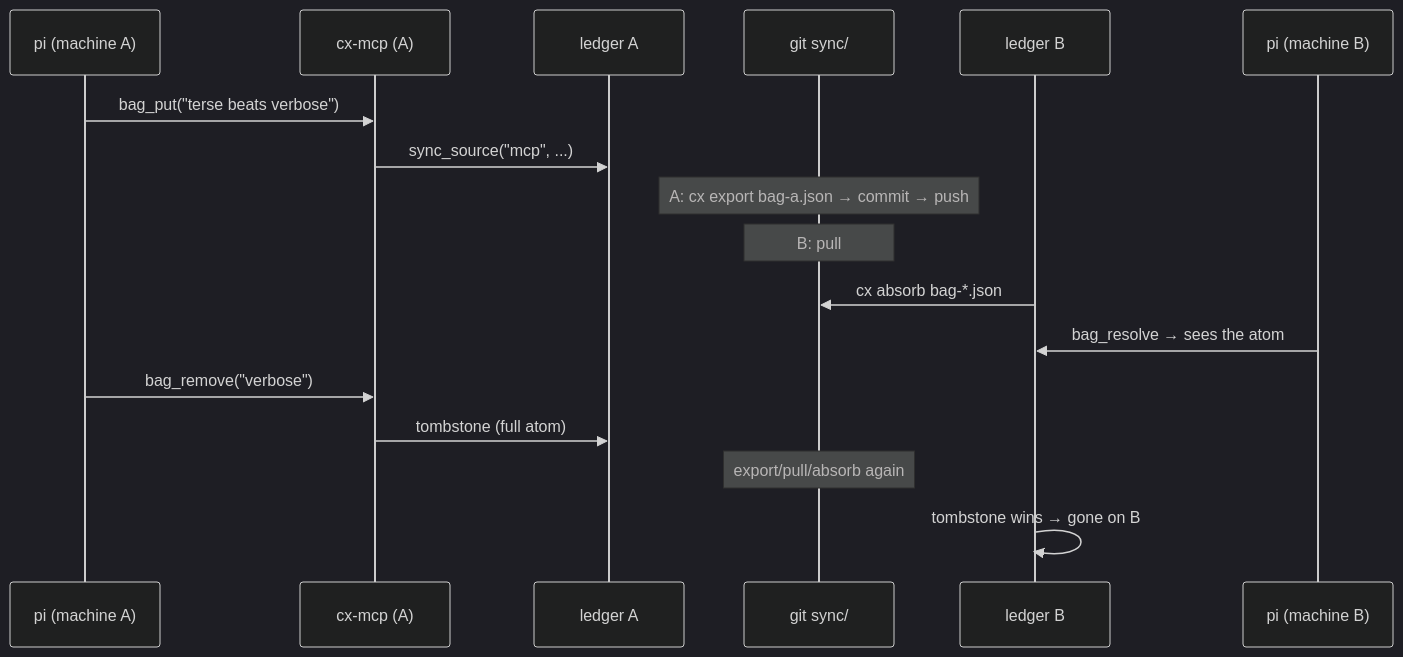
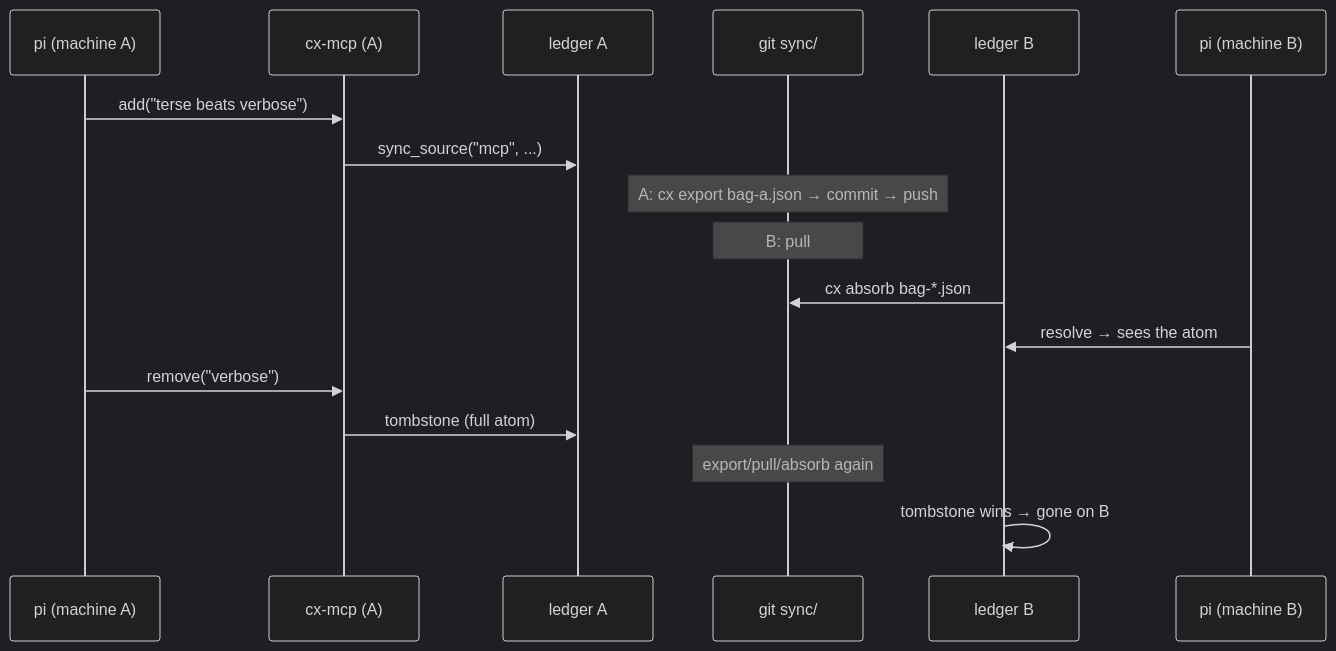
One commit to fluid-notion-labs/gzero changed the fourth of 5 diagrams in research/architecture.md. Above: the diagram before and after it, drawn with Mermaid (dark theme). The commit also changed other lines of this file, not shown here.

Commit message:
docs: architecture to current reality — tool names, packs dissolved, plugin status

````diff
--- a/research/architecture.md
+++ b/research/architecture.md
@@ -143,21 +143,21 @@
 ```mermaid
 sequenceDiagram
     participant PA as pi (machine A)
     participant MCPA as cx-mcp (A)
     participant LA as ledger A
     participant G as git sync/
     participant LB as ledger B
     participant PB as pi (machine B)
 
-    PA->>MCPA: bag_put("terse beats verbose")
+    PA->>MCPA: add("terse beats verbose")
     MCPA->>LA: sync_source("mcp", ...)
     Note over G: A: cx export bag-a.json → commit → push
     Note over G: B: pull
     LB->>G: cx absorb bag-*.json
-    PB->>LB: bag_resolve → sees the atom
+    PB->>LB: resolve → sees the atom
 
-    PA->>MCPA: bag_remove("verbose")
+    PA->>MCPA: remove("verbose")
     MCPA->>LA: tombstone (full atom)
     Note over G: export/pull/absorb again
     LB->>LB: tombstone wins → gone on B
 ```
````
